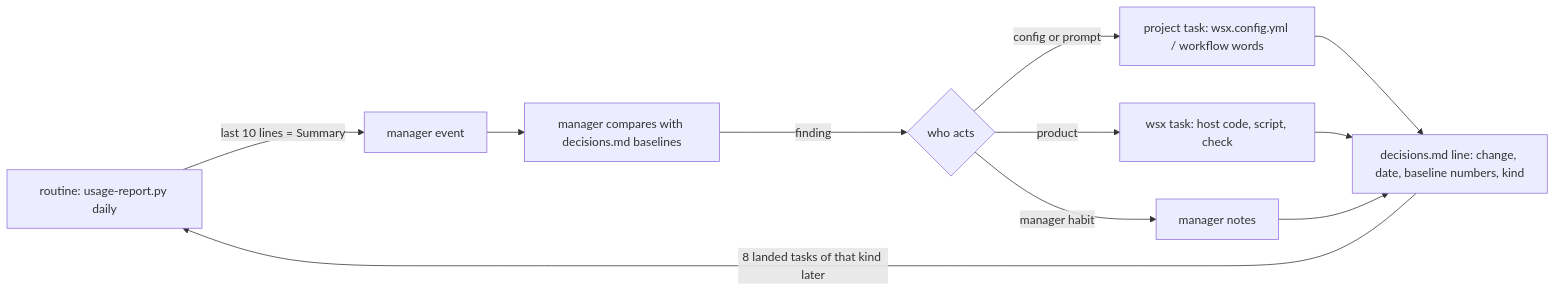
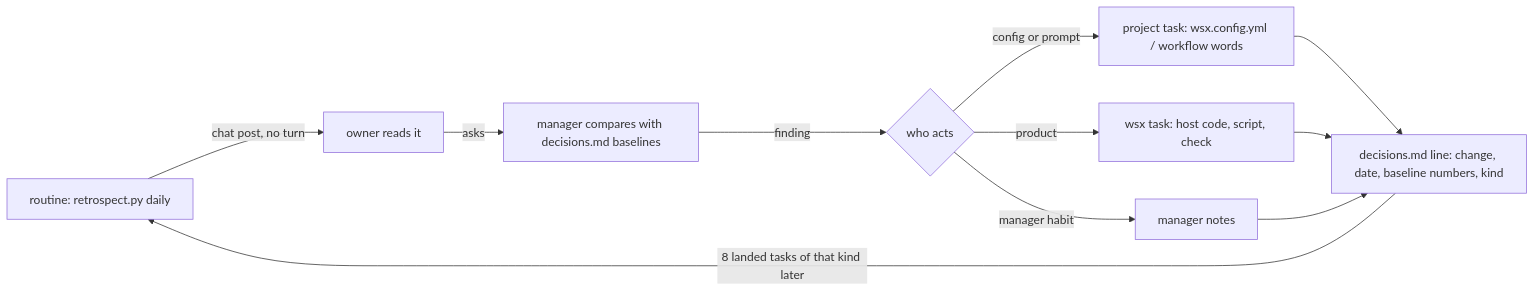
Before and after one commit to vlwkaos/wsx: the diagram in docs/design/usage-audit.md, drawn with Mermaid. The commit also changed other lines of this file and 19 other files, not shown here.

First line of the commit message:
feat(routine): one-shot at triggers, task and deploy events, check-ins and chat posts

````diff
--- a/docs/design/usage-audit.md
+++ b/docs/design/usage-audit.md
@@ -81,11 +81,11 @@
 ```mermaid
 flowchart LR
-  R[routine: usage-report.py daily] -->|last 10 lines = Summary| E[manager event]
-  E --> M[manager compares with decisions.md baselines]
+  R[routine: retrospect.py daily] -->|chat post, no turn| E[owner reads it]
+  E -->|asks| M[manager compares with decisions.md baselines]
   M -->|finding| D{who acts}
   D -->|config or prompt| C[project task: wsx.config.yml / workflow words]
   D -->|product| P[wsx task: host code, script, check]
   D -->|manager habit| N[manager notes]
   C & P & N --> B[decisions.md line: change, date, baseline numbers, kind]
   B -->|8 landed tasks of that kind later| R
 ```
````
